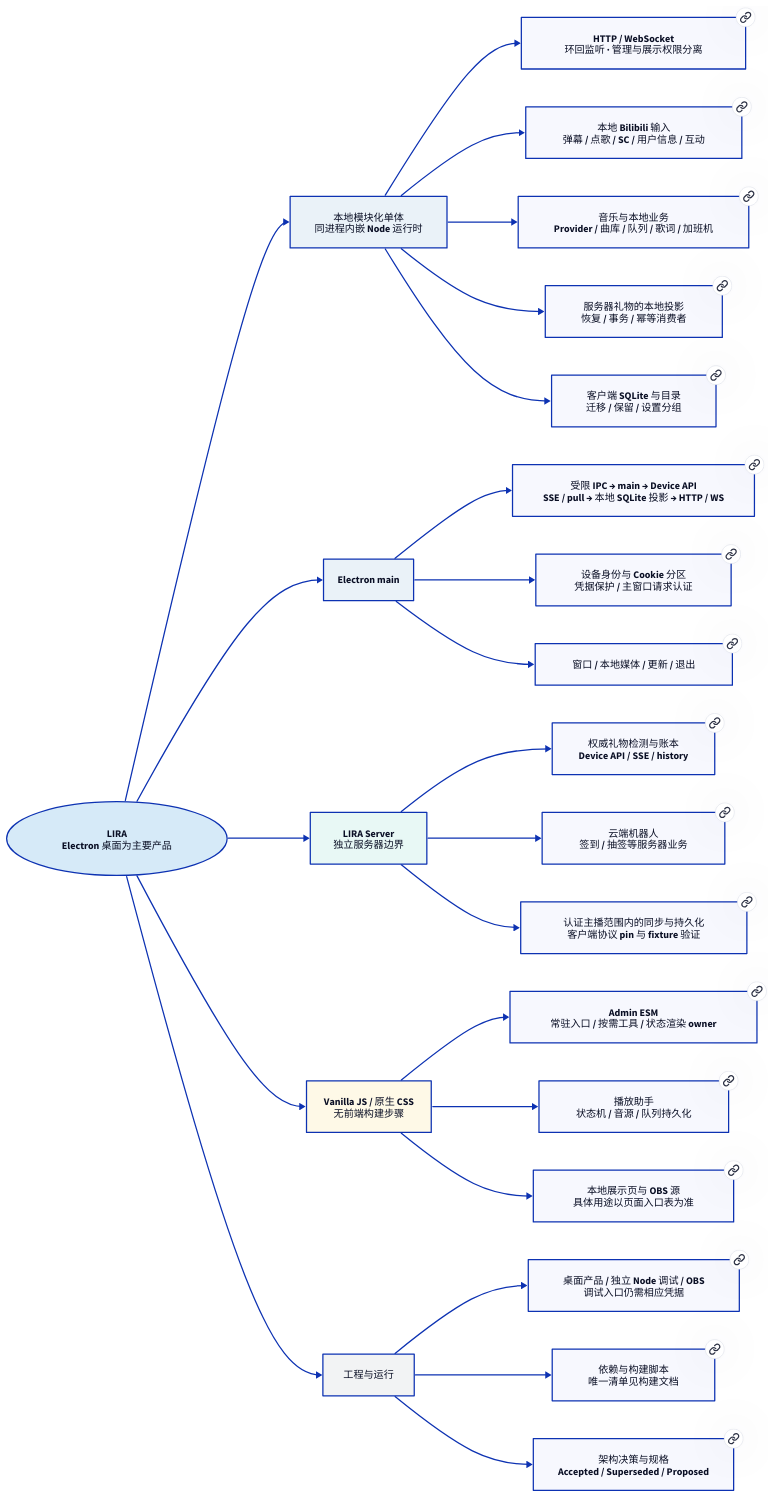
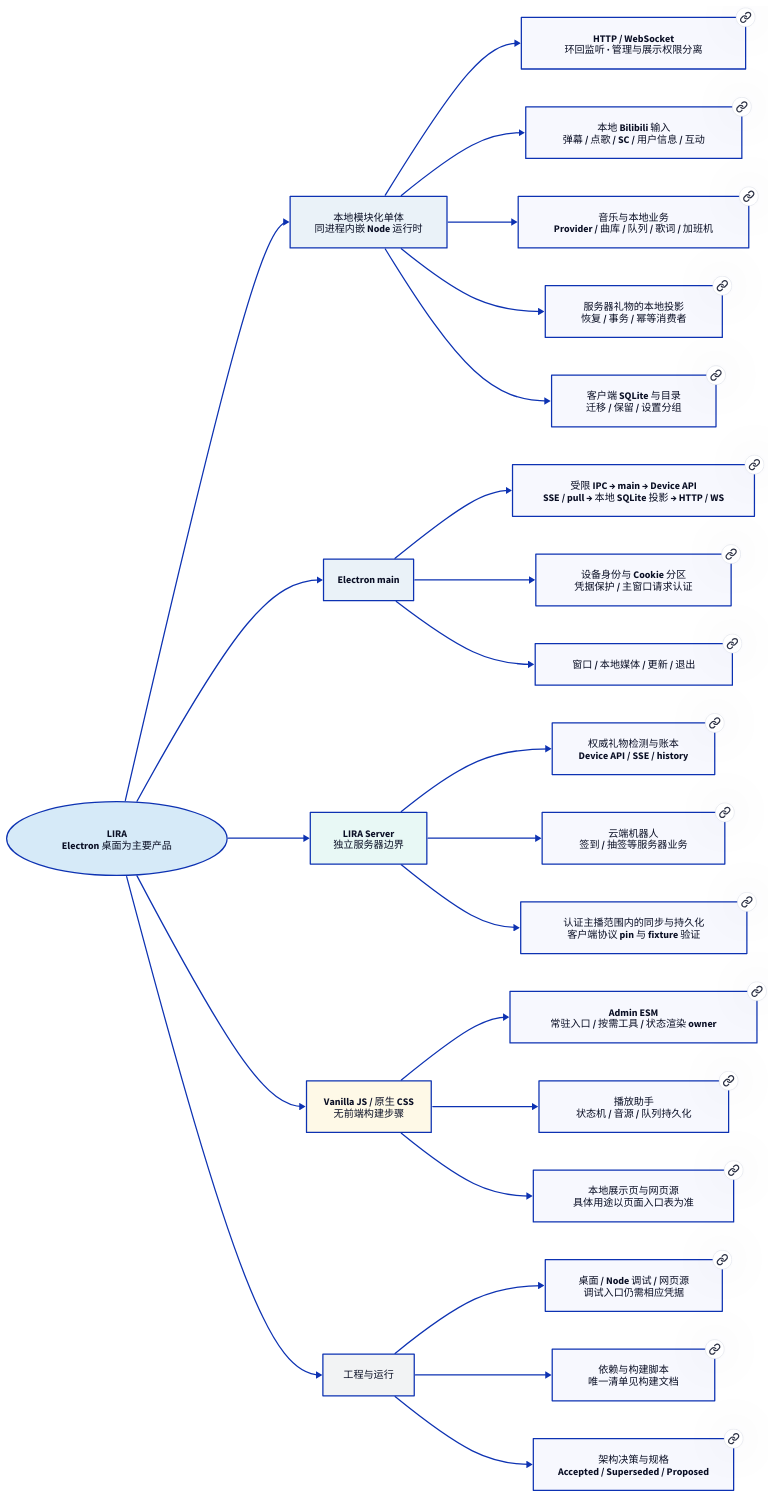
The diagram in docs/architecture/diagrams/overview.d2 (AuroraWhisperer/LIRA), drawn with D2 before and after one commit. The commit also changed 86 other files, not shown here.

```diff
--- a/docs/architecture/diagrams/overview.d2
+++ b/docs/architecture/diagrams/overview.d2
@@ -1,56 +1,56 @@
 # LIRA · 职责与文档地图
 # 渲染: d2 --pad 24 overview.d2 overview.svg
 # PNG: 用已有 Playwright Chromium 加载生成的 SVG，viewport 取根 viewBox 宽高，白底截图。
 # D2 0.7.1 内置 PNG 驱动下载已失效；SVG 不依赖该驱动。
 # 当前实现总览；共享源码分发仍为 ADR-0020 提案，不属于本图已部署能力。
 direction: right
 root: {label: "LIRA\nElectron 桌面为主要产品"; shape: oval; style.fill: "#d6eaf8"}
 root -> local
 root -> desktop
 root -> remote
 root -> frontend
 root -> engineering
 
 local: {label: "本地模块化单体\n同进程内嵌 Node 运行时"; style.fill: "#eaf2f8"}
 local -> transport
 local -> bili
 local -> music
 local -> projection
 local -> storage
 transport: {label: "HTTP / WebSocket\n环回监听 · 管理与展示权限分离"; link: ../backend/server-core.md}
 bili: {label: "本地 Bilibili 输入\n弹幕 / 点歌 / SC / 用户信息 / 互动"; link: ../backend/bilibili/danmaku.md}
 music: {label: "音乐与本地业务\nProvider / 曲库 / 队列 / 歌词 / 加班机"; link: ../backend/music/services.md}
 projection: {label: "服务器礼物的本地投影\n恢复 / 事务 / 幂等消费者"; link: ../backend/bilibili/gift.md}
 storage: {label: "客户端 SQLite 与目录\n迁移 / 保留 / 设置分组"; link: ../backend/storage.md}
 
 desktop: {label: "Electron main"; style.fill: "#eaf2f8"}
 desktop -> bridge
 desktop -> auth
 desktop -> lifecycle
 bridge: {label: "受限 IPC → main → Device API\nSSE / pull → 本地 SQLite 投影 → HTTP / WS"; link: ../desktop/preload.md}
 auth: {label: "设备身份与 Cookie 分区\n凭据保护 / 主窗口请求认证"; link: ../desktop/auth.md}
 lifecycle: {label: "窗口 / 本地媒体 / 更新 / 退出"; link: ../desktop/main.md}
 
 remote: {label: "LIRA Server\n独立服务器边界"; style.fill: "#e8f8f5"}
 remote -> gift
 remote -> bots
 remote -> sync
 gift: {label: "权威礼物检测与账本\nDevice API / SSE / history"; link: ../backend/bilibili/gift.md}
 bots: {label: "云端机器人\n签到 / 抽签等服务器业务"; link: ../desktop/main.md}
 sync: {label: "认证主播范围内的同步与持久化\n客户端协议 pin 与 fixture 验证"; link: ../engineering/test.md}
 
 frontend: {label: "Vanilla JS / 原生 CSS\n无前端构建步骤"; style.fill: "#fef9e7"}
 frontend -> admin
 frontend -> player
 frontend -> overlays
 admin: {label: "Admin ESM\n常驻入口 / 按需工具 / 状态渲染 owner"; link: ../frontend/app.md}
 player: {label: "播放助手\n状态机 / 音源 / 队列持久化"; link: ../frontend/playback.md}
-overlays: {label: "本地展示页与 OBS 源\n具体用途以页面入口表为准"; link: ../frontend/pages.md}
+overlays: {label: "本地展示页与网页源\n具体用途以页面入口表为准"; link: ../frontend/pages.md}
 
 engineering: {label: "工程与运行"; style.fill: "#f2f3f4"}
 engineering -> modes
 engineering -> registries
 engineering -> decisions
-modes: {label: "桌面产品 / 独立 Node 调试 / OBS\n调试入口仍需相应凭据"; link: ../engineering/build.md}
+modes: {label: "桌面 / Node 调试 / 网页源\n调试入口仍需相应凭据"; link: ../engineering/build.md}
 registries: {label: "依赖与构建脚本\n唯一清单见构建文档"; link: ../engineering/build.md}
 decisions: {label: "架构决策与规格\nAccepted / Superseded / Proposed"; link: ../README.md}
```
